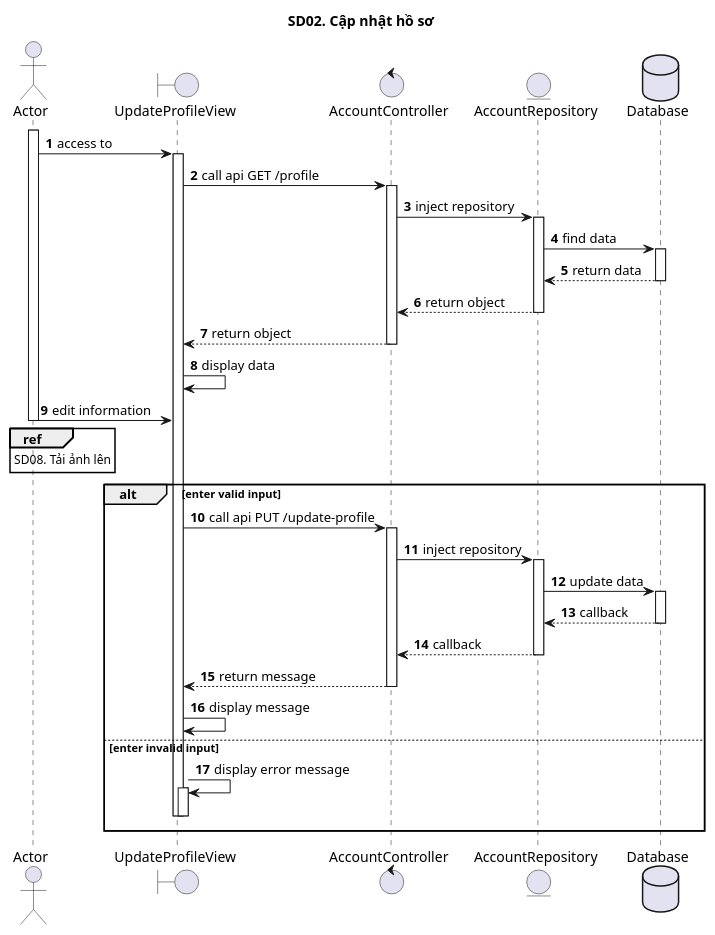
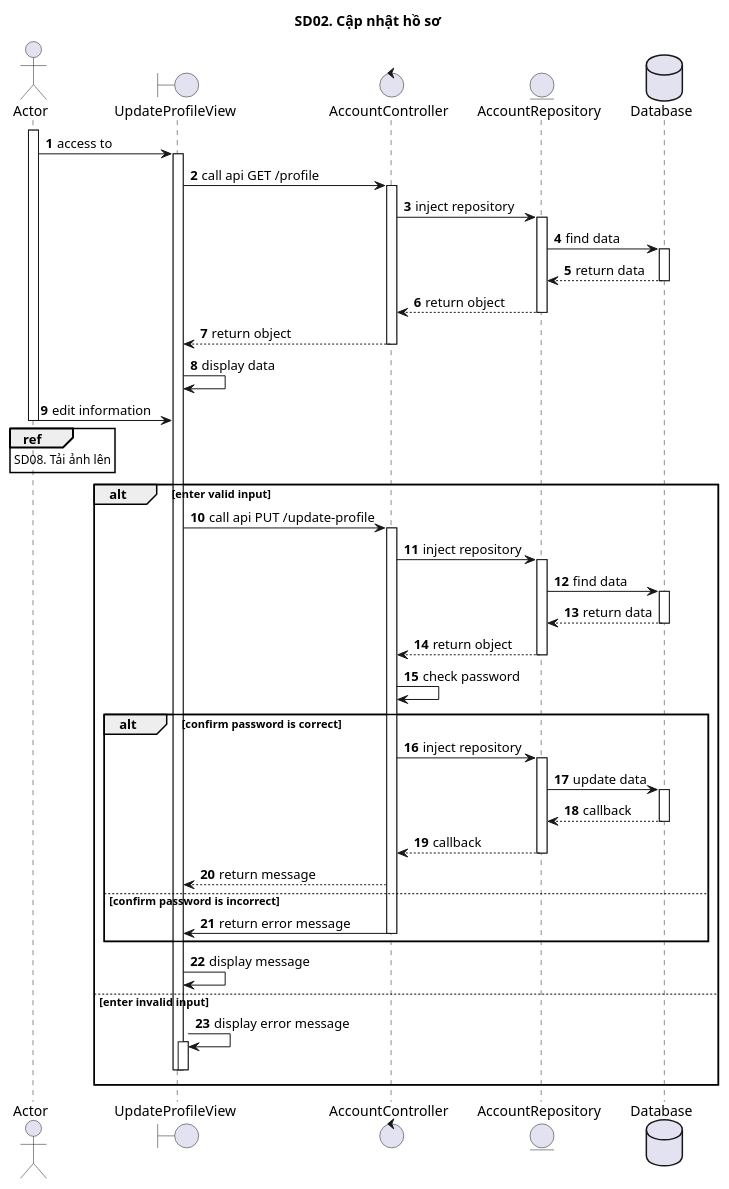
The diagram in 02_CapNhatHoSo/sd2.puml (ITZ-Developers/Finance-UML), drawn with PlantUML before and after one commit. The commit also changed 1 other file, not shown here.

```diff
--- a/02_CapNhatHoSo/sd2.puml
+++ b/02_CapNhatHoSo/sd2.puml
@@ -1,50 +1,63 @@
 @startuml SQ
 autonumber
 title SD02. Cập nhật hồ sơ
 actor "Actor" as actor
 boundary "UpdateProfileView" as view
 control "AccountController" as controller
 entity "AccountRepository" as model
 database "Database" as database
 activate actor
 actor -> view : access to
 activate view
 view -> controller : call api GET /profile
 activate controller
 controller -> model : inject repository
 activate model
 model -> database : find data
 activate database
 database --> model : return data
 deactivate database
 model --> controller : return object
 deactivate model
 controller --> view : return object
 deactivate controller
 view -> view: display data
 actor -> view : edit information
 deactivate actor
 ref over actor
 SD08. Tải ảnh lên
 end ref
 alt enter valid input
 view -> controller : call api PUT /update-profile
 activate controller
 controller -> model : inject repository
 activate model
+model -> database : find data
+activate database
+database --> model : return data
+deactivate database
+model --> controller : return object
+deactivate model
+controller -> controller: check password
+alt confirm password is correct
+controller -> model : inject repository
+activate model
 model -> database : update data
 activate database
 database --> model : callback
 deactivate database
 model --> controller : callback
 deactivate model
 controller --> view : return message
+else confirm password is incorrect
+controller -> view: return error message
 deactivate controller
+end
 view -> view: display message
 else enter invalid input
 view -> view: display error message
 activate view
 deactivate view
 deactivate view
 end
 @enduml
```
